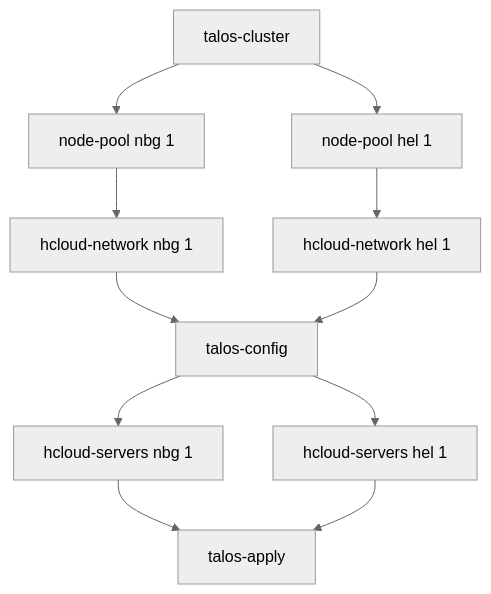
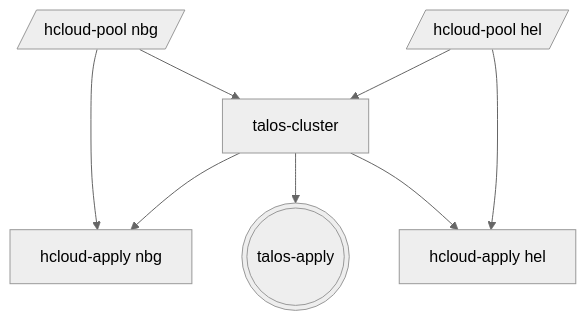
One commit to miran248/terraform-talos-modules changed the diagram in README.md. Above: the diagram before and after it, drawn with Mermaid. The commit also changed other lines of this file and 4 other files, not shown here.

````diff
--- a/README.md
+++ b/README.md
@@ -26,14 +31,17 @@
 ```mermaid
 %%{init: {'theme': 'neutral' } }%%
-flowchart TD
-    talos-cluster --> node-pool-nuremberg-1
-    talos-cluster --> node-pool-helsinki-1
-    node-pool-nuremberg-1[node-pool nbg 1] --> hcloud-network-nuremberg-1
-    node-pool-helsinki-1[node-pool hel 1] --> hcloud-network-helsinki-1
-    hcloud-network-nuremberg-1[hcloud-network nbg 1] --> talos-config
-    hcloud-network-helsinki-1[hcloud-network hel 1] --> talos-config
-    talos-config --> hcloud-servers-nuremberg-1
-    talos-config --> hcloud-servers-helsinki-1
-    hcloud-servers-nuremberg-1[hcloud-servers nbg 1] --> talos-apply
-    hcloud-servers-helsinki-1[hcloud-servers hel 1] --> talos-apply
+graph TD
+    A[/hcloud-pool nbg/]
+    B[/hcloud-pool hel/]
+    C[talos-cluster]
+    D[hcloud-apply nbg]
+    E[hcloud-apply hel]
+    F(((talos-apply)))
+    A --> C
+    A --> D
+    B --> C
+    C --> D
+    C --> F
+    C --> E
+    B --> E
 ```
````
